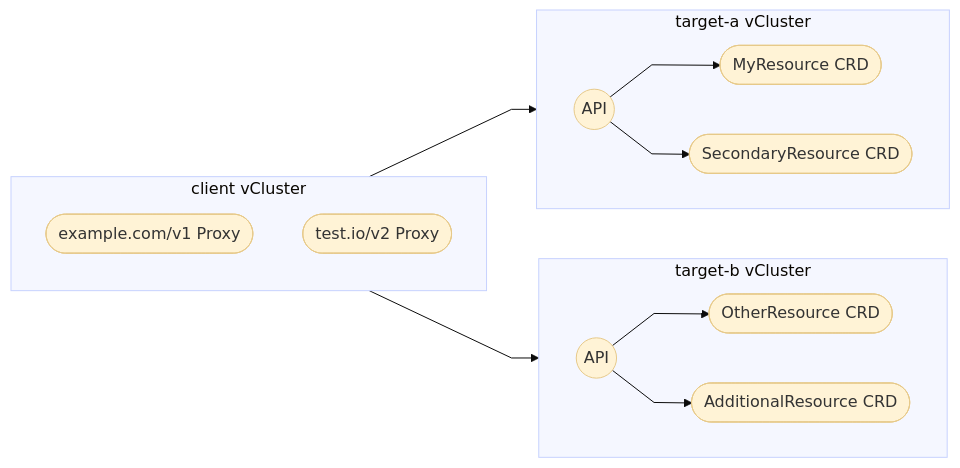
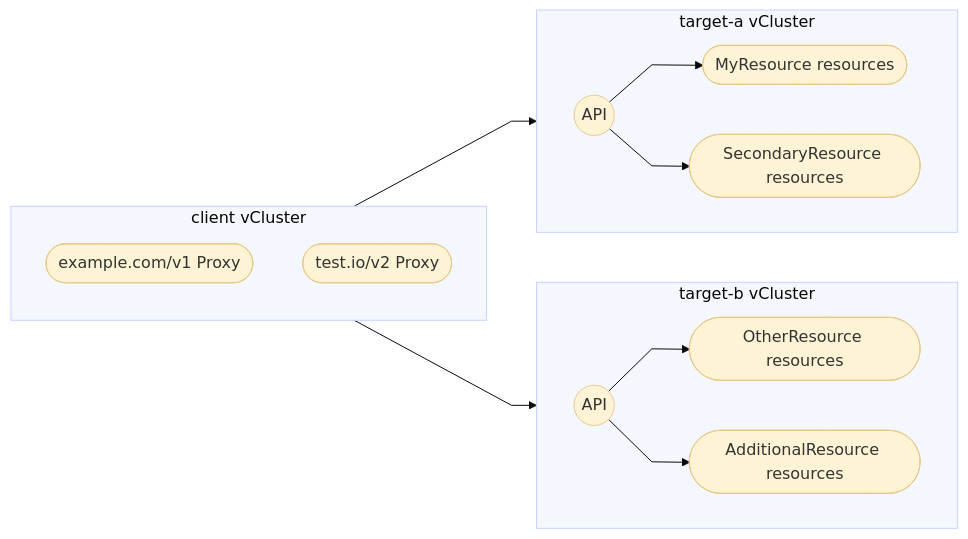
The third of 4 diagrams in vcluster/configure/vcluster-yaml/experimental/proxy.mdx (loft-sh/vcluster-docs), drawn with Mermaid before and after one commit. The commit also changed other lines of this file and 18 other files, not shown here.

````diff
--- a/vcluster/configure/vcluster-yaml/experimental/proxy.mdx
+++ b/vcluster/configure/vcluster-yaml/experimental/proxy.mdx
@@ -360,37 +360,37 @@
 ```mermaid
 %%{init: {'theme': 'base', 'themeVariables': {'edgeLabelBackground':'#F3E8FF','edgeLabelColor':'#111827'}, 'flowchart': {'curve': 'linear', 'htmlLabels': true}}}%%
 flowchart LR
   subgraph client["client vCluster"]
     direction TB
     p_example([example.com/v1 Proxy])
     p_test([test.io/v2 Proxy])
   end
 
   subgraph target_b["target-b vCluster"]
     direction LR
     tb_api((API))
-    tb_exec([OtherResource CRD])
-    tb_task([AdditionalResource CRD])
+    tb_exec([OtherResource resources])
+    tb_task([AdditionalResource resources])
     tb_api --> tb_exec
     tb_api --> tb_task
   end
 
   subgraph target_a["target-a vCluster"]
     direction LR
     ta_api((API))
-    ta_wf([MyResource CRD])
-    ta_pipe([SecondaryResource CRD])
+    ta_wf([MyResource resources])
+    ta_pipe([SecondaryResource resources])
     ta_api --> ta_wf
     ta_api --> ta_pipe
   end
 
   p_example --> ta_api
   p_test --> tb_api
 
   classDef node fill:#FFF3D6,stroke:#E6C98A,stroke-width:1px,rx:0,ry:0;
   class p_example,p_test,ta_api,ta_wf,ta_pipe,tb_api,tb_exec,tb_task node;
 
   style client fill:#F5F7FF,stroke:#C7D2FE,stroke-width:1px,rx:0,ry:0;
   style target_a fill:#F5F7FF,stroke:#C7D2FE,stroke-width:1px,rx:0,ry:0;
   style target_b fill:#F5F7FF,stroke:#C7D2FE,stroke-width:1px,rx:0,ry:0;
 ```
````
